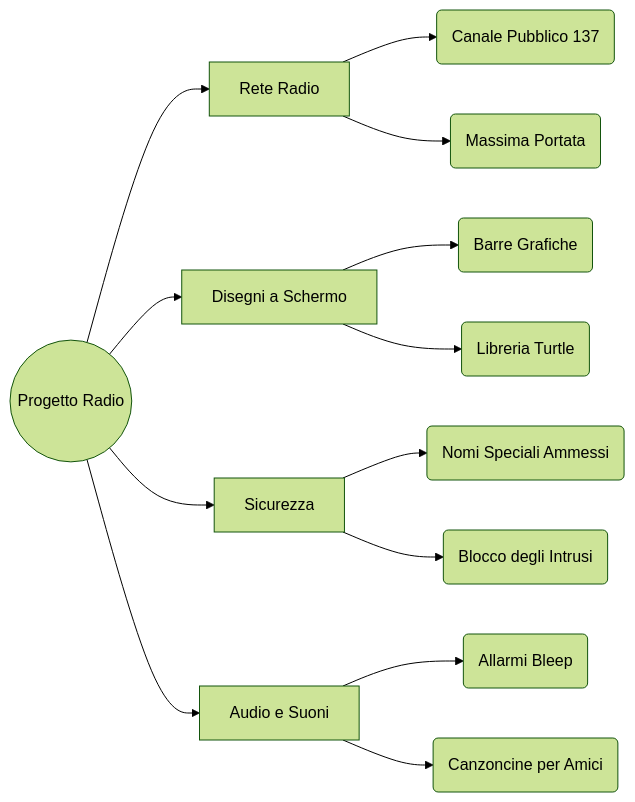
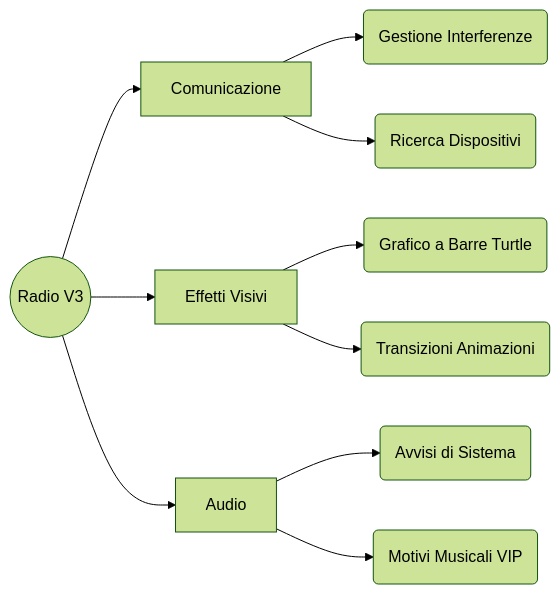
One commit to pgiudici13/MicrobitRadiov3 changed the fourth of 4 diagrams in README.md. Above: the diagram before and after it, drawn with Mermaid (forest theme). The commit also changed other lines of this file, not shown here.

````diff
--- a/README.md
+++ b/README.md
@@ -94,19 +92,15 @@
 ```mermaid
 flowchart LR
-    Root((Progetto Radio)) --> Rete[Rete Radio]
-    Root --> Vista[Disegni a Schermo]
-    Root --> Sec[Sicurezza]
-    Root --> Audio[Audio e Suoni]
+    Root((Radio V3)) --> Rete[Comunicazione]
+    Root --> Schermo[Effetti Visivi]
+    Root --> Suoni[Audio]
     
-    Rete --> R1(Canale Pubblico 137)
-    Rete --> R2(Massima Portata)
+    Rete --> R1(Gestione Interferenze)
+    Rete --> R2(Ricerca Dispositivi)
     
-    Vista --> V1(Barre Grafiche)
-    Vista --> V2(Libreria Turtle)
+    Schermo --> S1(Grafico a Barre Turtle)
+    Schermo --> S2(Transizioni Animazioni)
     
-    Sec --> S1(Nomi Speciali Ammessi)
-    Sec --> S2(Blocco degli Intrusi)
-    
-    Audio --> A1(Allarmi Bleep)
-    Audio --> A2(Canzoncine per Amici)
+    Suoni --> A1(Avvisi di Sistema)
+    Suoni --> A2(Motivi Musicali VIP)
 ```
````
